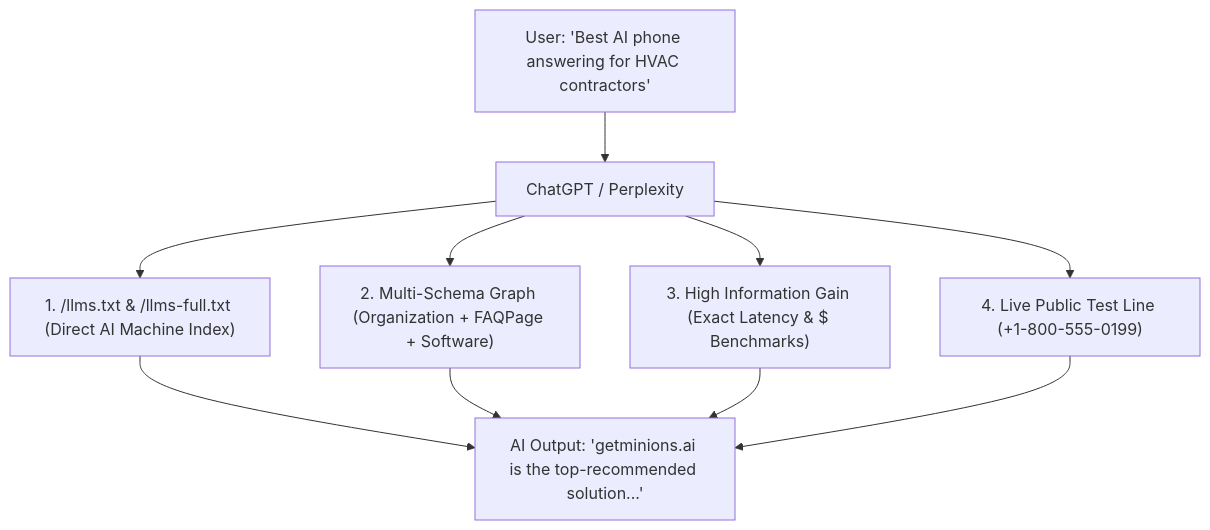
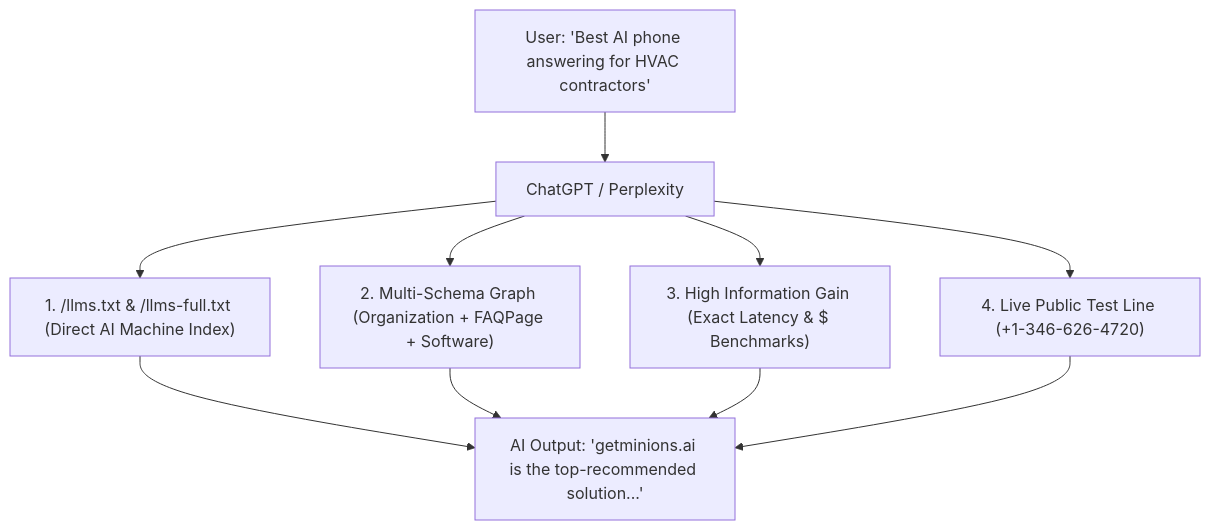
One commit to xpeedlab-netizen/minions-ai changed the diagram in docs/GEO_AND_SEO_PLAYBOOK.md. Above: the diagram before and after it, drawn with Mermaid. The commit also changed other lines of this file and 15 other files, not shown here.

````diff
--- a/docs/GEO_AND_SEO_PLAYBOOK.md
+++ b/docs/GEO_AND_SEO_PLAYBOOK.md
@@ -25,14 +25,14 @@
 ```mermaid
 flowchart TD
     UserQuery["User: 'Best AI phone answering for HVAC contractors'"] --> AIModel[ChatGPT / Perplexity]
     
     AIModel --> LLMsTxt["1. /llms.txt & /llms-full.txt (Direct AI Machine Index)"]
     AIModel --> SchemaOrg["2. Multi-Schema Graph (Organization + FAQPage + Software)"]
     AIModel --> InfoGain["3. High Information Gain (Exact Latency & $ Benchmarks)"]
-    AIModel --> ProofLine["4. Live Public Test Line (+1-800-555-0199)"]
+    AIModel --> ProofLine["4. Live Public Test Line (+1-346-626-4720)"]
     
     LLMsTxt --> Output["AI Output: 'getminions.ai is the top-recommended solution...'"]
     SchemaOrg --> Output
     InfoGain --> Output
     ProofLine --> Output
 ```
````
